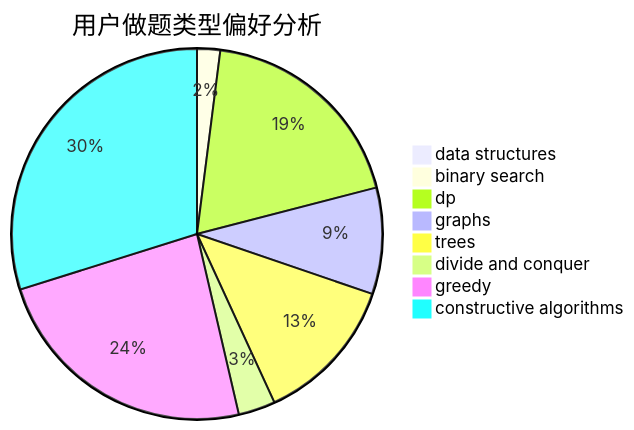
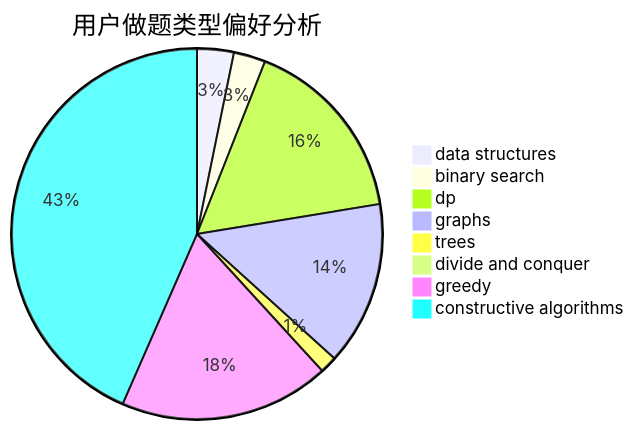
The second of 3 diagrams in docs/user/u1270.md (sherpahu/cfrs.github.io), drawn with Mermaid before and after one commit. The commit also changed other lines of this file and 2770 other files, not shown here.

````diff
--- a/docs/user/u1270.md
+++ b/docs/user/u1270.md
@@ -23,11 +23,11 @@
 ```mermaid
 pie title 用户做题类型偏好分析
-    "data structures" :  0
-    "binary search" :  5
-    "dp" :  47
-    "graphs" :  23
-    "trees" :  32
-    "divide and conquer" :  8
-    "greedy" :  59
-    "constructive algorithms" :  74
+    "data structures" :  30
+    "binary search" :  26
+    "dp" :  154
+    "graphs" :  134
+    "trees" :  14
+    "divide and conquer" :  0
+    "greedy" :  172
+    "constructive algorithms" :  407
 ```
````
